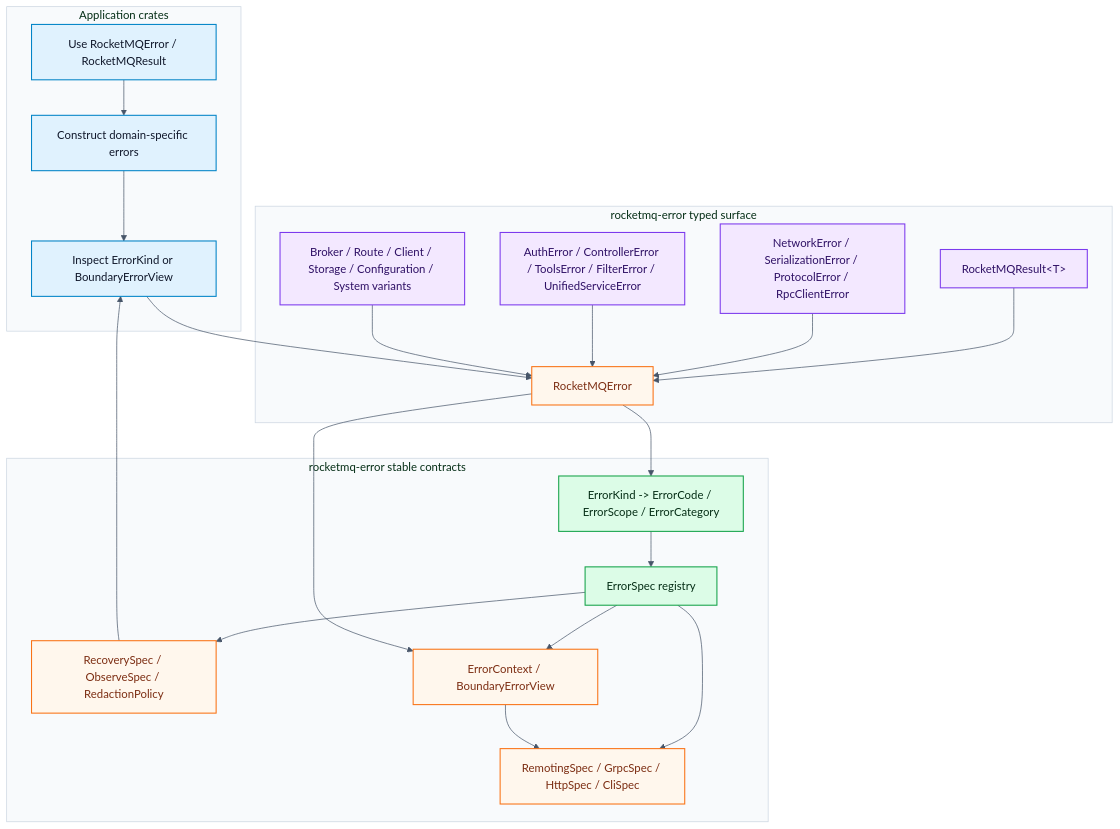
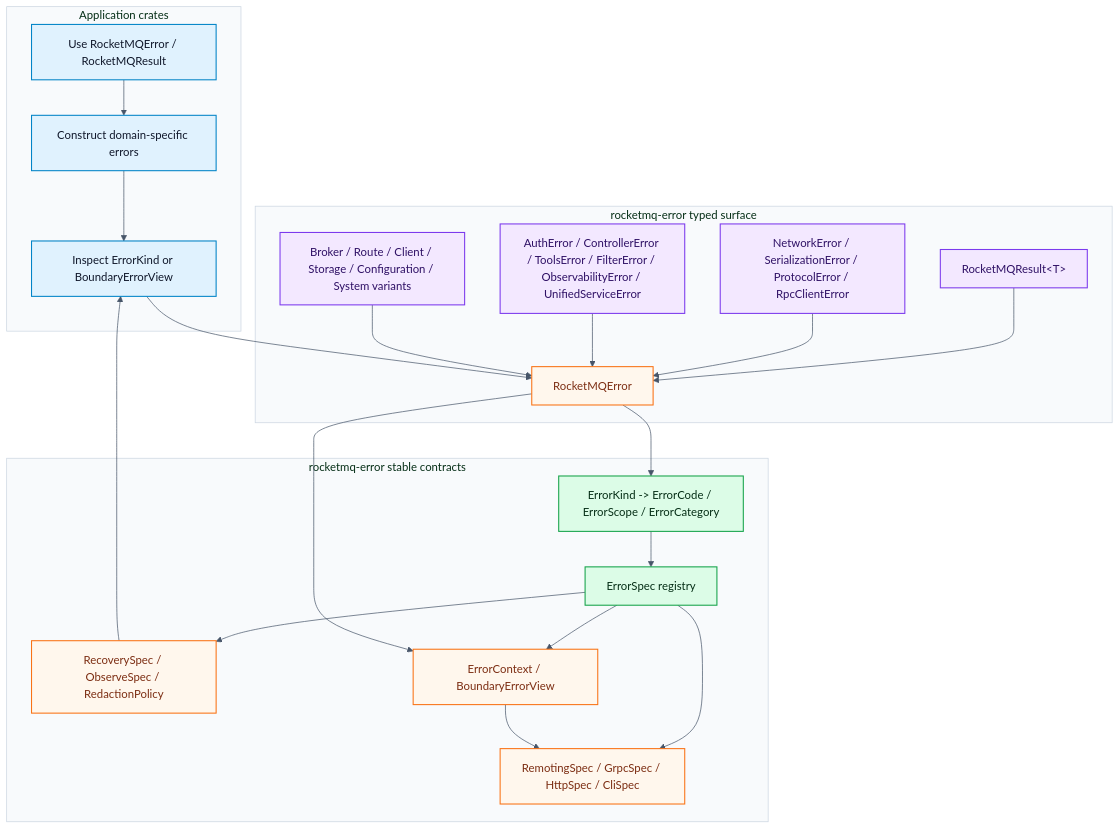
Before and after one commit to mxsm/rocketmq-rust: the diagram in rocketmq-error/README-zh_cn.md, drawn with Mermaid. The commit also changed other lines of this file and 3 other files, not shown here.

Commit message:
[ISSUE #8124]📝Document observability error ownership

````diff
--- a/rocketmq-error/README-zh_cn.md
+++ b/rocketmq-error/README-zh_cn.md
@@ -55,50 +56,50 @@
 ```mermaid
 %%{init: {"theme": "base", "themeVariables": {"background": "#FFFFFF", "primaryColor": "#E0F2FE", "primaryTextColor": "#0F172A", "primaryBorderColor": "#0284C7", "secondaryColor": "#F3E8FF", "secondaryTextColor": "#2E1065", "secondaryBorderColor": "#7C3AED", "tertiaryColor": "#DCFCE7", "tertiaryTextColor": "#052E16", "tertiaryBorderColor": "#16A34A", "lineColor": "#475569", "textColor": "#0F172A", "clusterBkg": "#F8FAFC", "clusterBorder": "#CBD5E1", "edgeLabelBackground": "#FFFFFF", "fontFamily": "Inter, ui-sans-serif, system-ui, sans-serif"}}}%%
 flowchart TB
     subgraph apps["Application crates"]
         app_api["Use RocketMQError / RocketMQResult"]
         app_domain["Construct domain-specific errors"]
         app_boundary["Inspect ErrorKind or BoundaryErrorView"]
         app_api --> app_domain --> app_boundary
     end
 
     subgraph typed["rocketmq-error typed surface"]
         result["RocketMQResult&lt;T&gt;"]
         root["RocketMQError"]
         wrapped["NetworkError / SerializationError / ProtocolError / RpcClientError"]
-        domain["AuthError / ControllerError / ToolsError / FilterError / UnifiedServiceError"]
+        domain["AuthError / ControllerError / ToolsError / FilterError / ObservabilityError / UnifiedServiceError"]
         direct["Broker / Route / Client / Storage / Configuration / System variants"]
         result --> root
         wrapped --> root
         domain --> root
         direct --> root
     end
 
     subgraph contracts["rocketmq-error stable contracts"]
         taxonomy["ErrorKind -> ErrorCode / ErrorScope / ErrorCategory"]
         registry["ErrorSpec registry"]
         adapters["RemotingSpec / GrpcSpec / HttpSpec / CliSpec"]
         policy["RecoverySpec / ObserveSpec / RedactionPolicy"]
         context["ErrorContext / BoundaryErrorView"]
         taxonomy --> registry
         registry --> adapters
         registry --> policy
         registry --> context
     end
 
     app_boundary --> root
     root --> taxonomy
     root --> context
     context --> adapters
     policy --> app_boundary
 
     classDef app fill:#E0F2FE,stroke:#0284C7,color:#0F172A,stroke-width:1.5px
     classDef core fill:#F3E8FF,stroke:#7C3AED,color:#2E1065,stroke-width:1.5px
     classDef contract fill:#DCFCE7,stroke:#16A34A,color:#052E16,stroke-width:1.5px
     classDef bridge fill:#FFF7ED,stroke:#F97316,color:#7C2D12,stroke-width:1.5px
 
     class app_api,app_domain,app_boundary app
     class result,root,wrapped,domain,direct core
     class taxonomy,registry,adapters,policy,context contract
     class root,context,adapters,policy bridge
 ```
````
